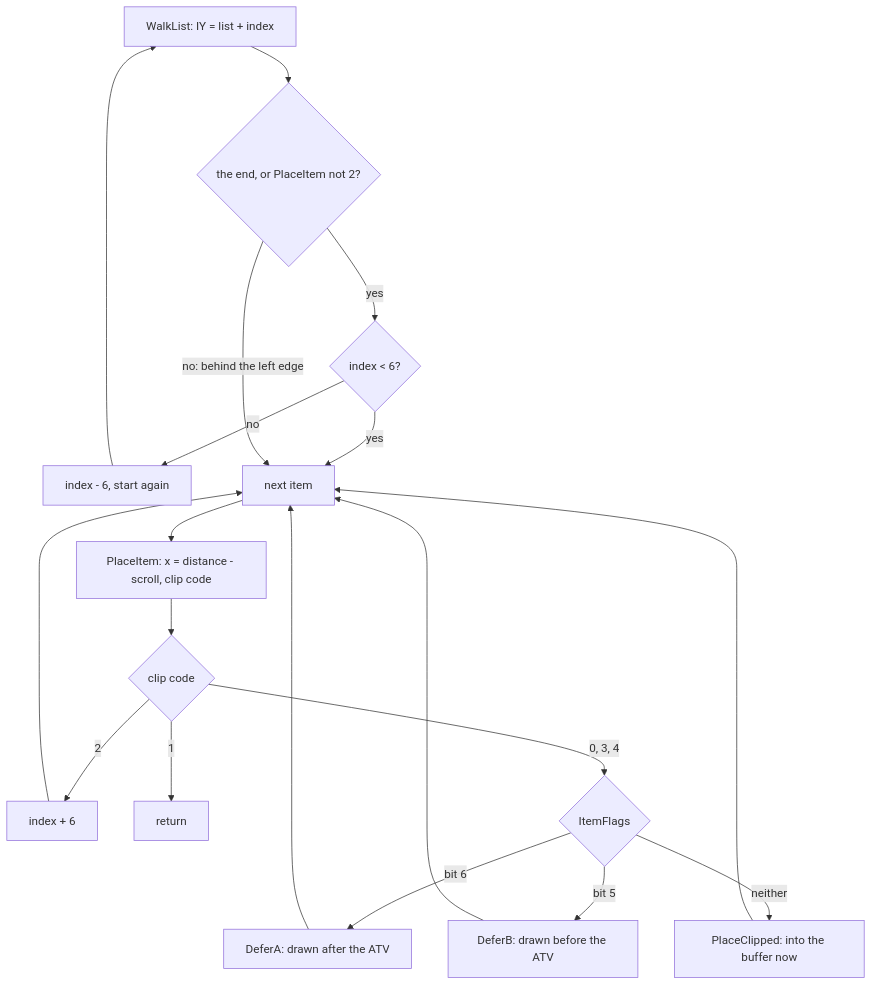
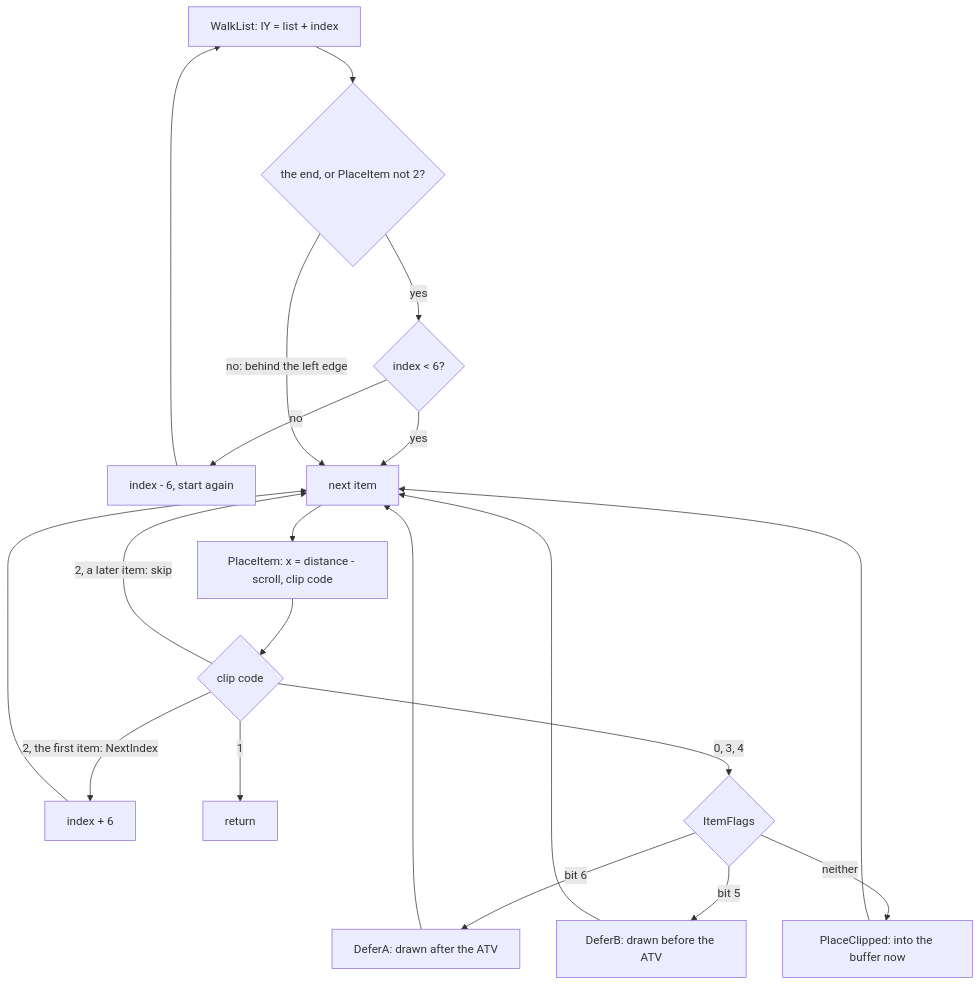
One commit to alfishe/unrealng-reverse-cases changed the second of 4 diagrams in games/atv-simulator/docs/07-objects.md. Above: the diagram before and after it, drawn with Mermaid. The commit also changed other lines of this file and 32 other files, not shown here.

````diff
--- a/games/atv-simulator/docs/07-objects.md
+++ b/games/atv-simulator/docs/07-objects.md
@@ -332,19 +336,20 @@
 ```mermaid
 flowchart TD
   S["WalkList: IY = list + index"] --> E{"the end, or PlaceItem not 2?"}
   E -->|"yes"| B{"index < 6?"}
   B -->|"no"| BK["index - 6, start again"] --> S
   B -->|"yes"| F
   E -->|"no: behind the left edge"| F["next item"]
   F --> P["PlaceItem: x = distance - scroll, clip code"]
   P --> C{"clip code"}
-  C -->|"2"| N["index + 6"] --> F
+  C -->|"2, the first item: NextIndex"| N["index + 6"] --> F
+  C -->|"2, a later item: skip"| F
   C -->|"1"| R["return"]
   C -->|"0, 3, 4"| K{"ItemFlags"}
   K -->|"bit 6"| DA["DeferA: drawn after the ATV"]
   K -->|"bit 5"| DB["DeferB: drawn before the ATV"]
   K -->|"neither"| PC["PlaceClipped: into the buffer now"]
   DA --> F
   DB --> F
   PC --> F
 ```
````
